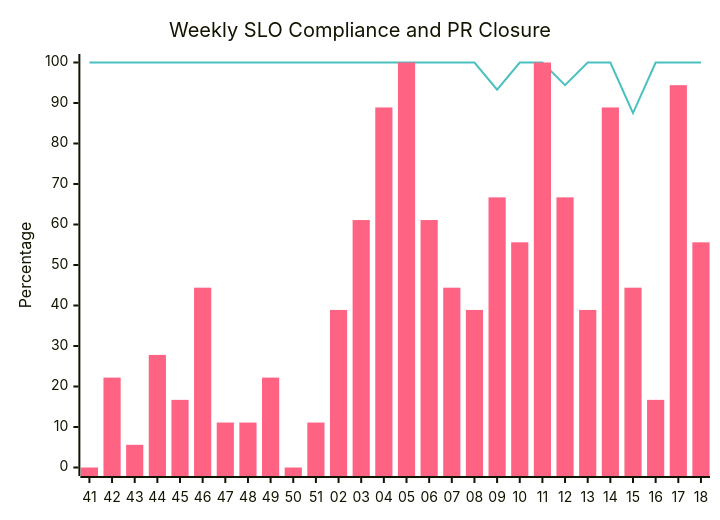
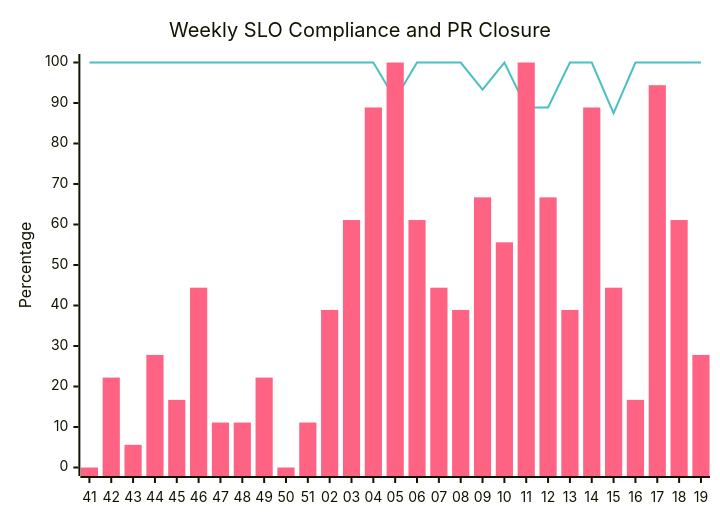
One commit to microsoft/edge-ai changed the fifth of 11 diagrams in docs/contributions.md. Above: the diagram before and after it, drawn with Mermaid. The commit also changed other lines of this file and 6 other files, not shown here.

````diff
--- a/docs/contributions.md
+++ b/docs/contributions.md
@@ -81,9 +81,9 @@
 ``` mermaid
 %%{init: {"themeVariables": {"xyChart": {"plotColorPalette": "#4BC0C0, #FF6384"}}}}%%
 xychart-beta
     title "Weekly SLO Compliance and PR Closure"
-    x-axis ["41", "42", "43", "44", "45", "46", "47", "48", "49", "50", "51", "02", "03", "04", "05", "06", "07", "08", "09", "10", "11", "12", "13", "14", "15", "16", "17", "18"]
+    x-axis ["41", "42", "43", "44", "45", "46", "47", "48", "49", "50", "51", "02", "03", "04", "05", "06", "07", "08", "09", "10", "11", "12", "13", "14", "15", "16", "17", "18", "19"]
     y-axis "Percentage" 0 --> 100
-    line [100, 100, 100, 100, 100, 100, 100, 100, 100, 100, 100, 100, 100, 100, 100, 100, 100, 100, 93.3, 100, 100, 94.4, 100, 100, 87.5, 100, 100, 100]
-    bar [0, 22.2, 5.6, 27.8, 16.7, 44.4, 11.1, 11.1, 22.2, 0, 11.1, 38.9, 61.1, 88.9, 100, 61.1, 44.4, 38.9, 66.7, 55.6, 100, 66.7, 38.9, 88.9, 44.4, 16.7, 94.4, 55.6]
+    line [100, 100, 100, 100, 100, 100, 100, 100, 100, 100, 100, 100, 100, 100, 90.9, 100, 100, 100, 93.3, 100, 88.9, 88.9, 100, 100, 87.5, 100, 100, 100, 100]
+    bar [0, 22.2, 5.6, 27.8, 16.7, 44.4, 11.1, 11.1, 22.2, 0, 11.1, 38.9, 61.1, 88.9, 100, 61.1, 44.4, 38.9, 66.7, 55.6, 100, 66.7, 38.9, 88.9, 44.4, 16.7, 94.4, 61.1, 27.8]
 ```
````
